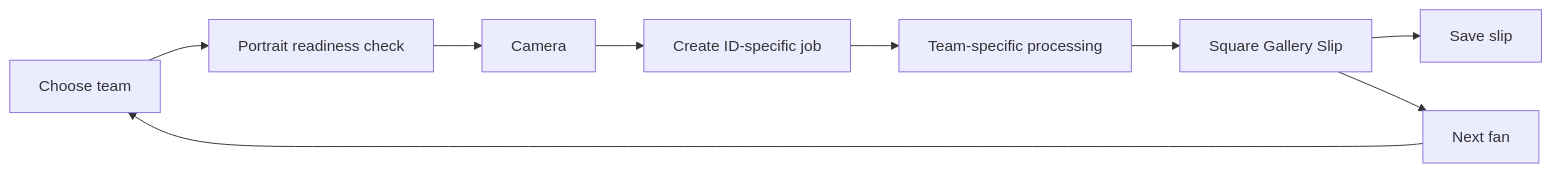
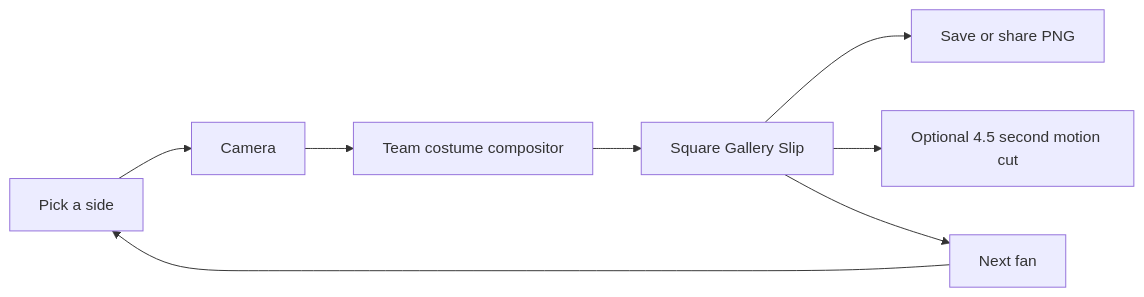
One commit to goldytalks/derby-dashboard changed the diagram in README.md. Above: the diagram before and after it, drawn with Mermaid. The commit also changed other lines of this file and 26 other files, not shown here.

````diff
--- a/README.md
+++ b/README.md
@@ -80,11 +27,10 @@
 ```mermaid
 flowchart LR
-  Pick[Choose team] --> Check[Portrait readiness check]
-  Check --> Camera[Camera]
-  Camera --> Queue[Create ID-specific job]
-  Queue --> Processing[Team-specific processing]
-  Processing --> Result[Square Gallery Slip]
-  Result --> Save[Save slip]
-  Result --> Next[Next fan]
+  Pick[Pick a side] --> Camera[Camera]
+  Camera --> Costume[Team costume compositor]
+  Costume --> Slip[Square Gallery Slip]
+  Slip --> Still[Save or share PNG]
+  Slip --> Motion[Optional 4.5 second motion cut]
+  Slip --> Next[Next fan]
   Next --> Pick
 ```
````
